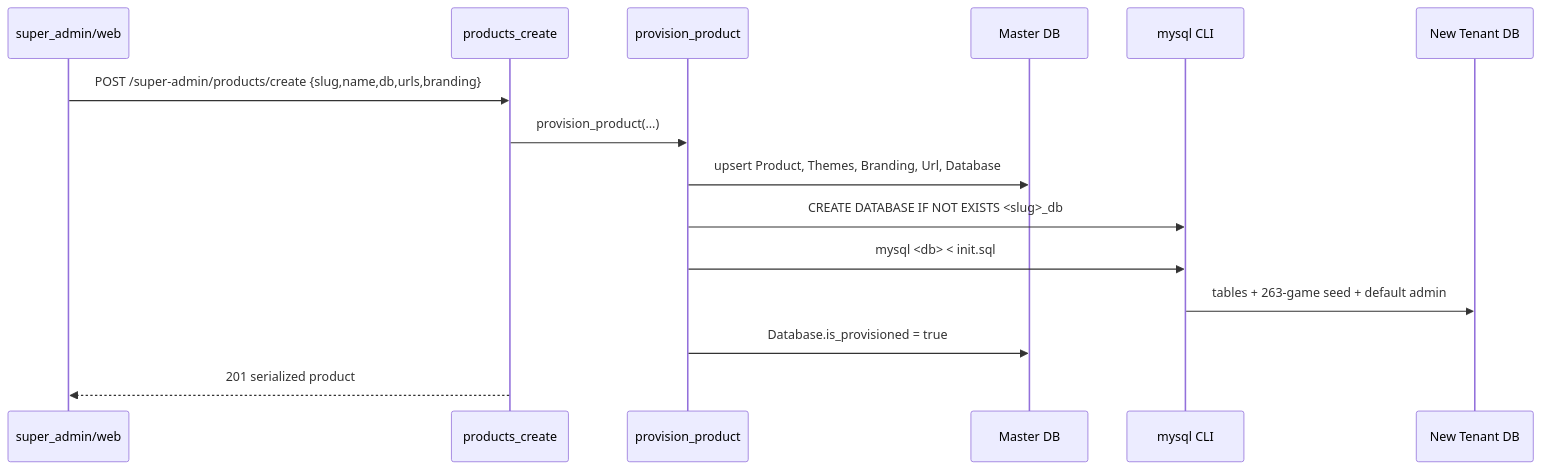
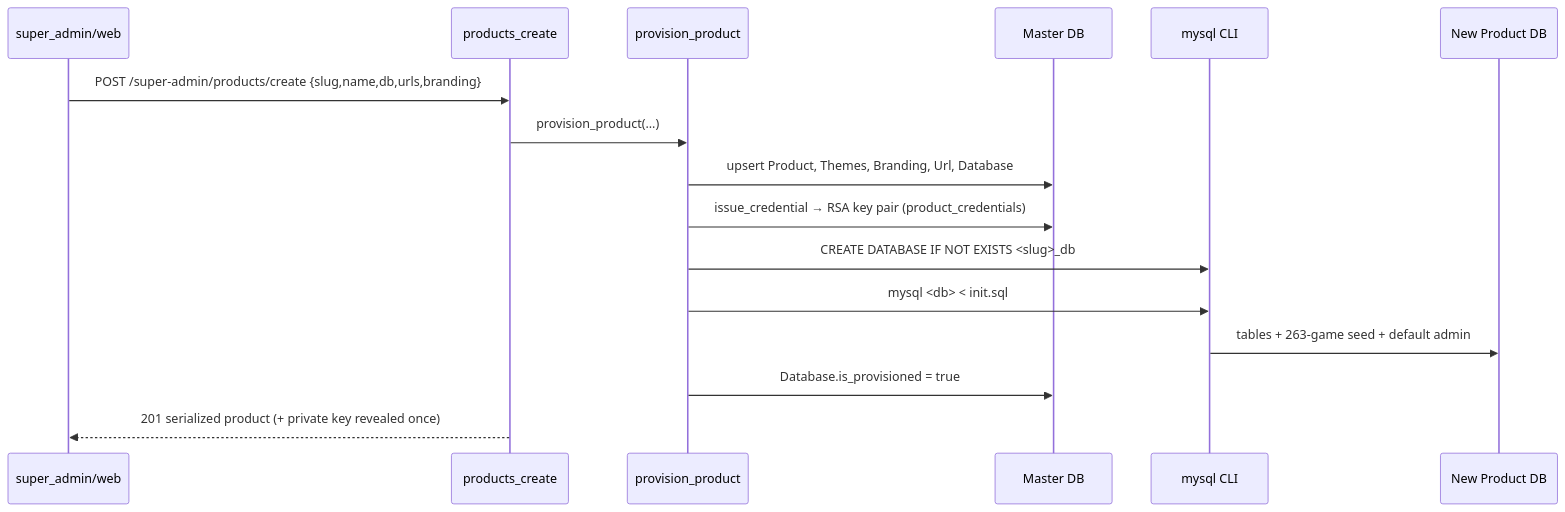
Before and after one commit to Aceplayswin/shamb_01: diagram 11 of 18 in README.md, drawn with Mermaid. The commit also changed other lines of this file, not shown here.

````diff
--- a/README.md
+++ b/README.md
@@ -648,17 +769,18 @@
 ```mermaid
 sequenceDiagram
   participant W as super_admin/web
   participant V as products_create
   participant PP as provision_product
   participant M as Master DB
   participant CLI as mysql CLI
-  participant T as New Tenant DB
+  participant T as New Product DB
   W->>V: POST /super-admin/products/create {slug,name,db,urls,branding}
   V->>PP: provision_product(...)
   PP->>M: upsert Product, Themes, Branding, Url, Database
+  PP->>M: issue_credential → RSA key pair (product_credentials)
   PP->>CLI: CREATE DATABASE IF NOT EXISTS <slug>_db
   PP->>CLI: mysql <db> < init.sql
   CLI->>T: tables + 263-game seed + default admin
   PP->>M: Database.is_provisioned = true
-  V-->>W: 201 serialized product
+  V-->>W: 201 serialized product (+ private key revealed once)
 ```
````
